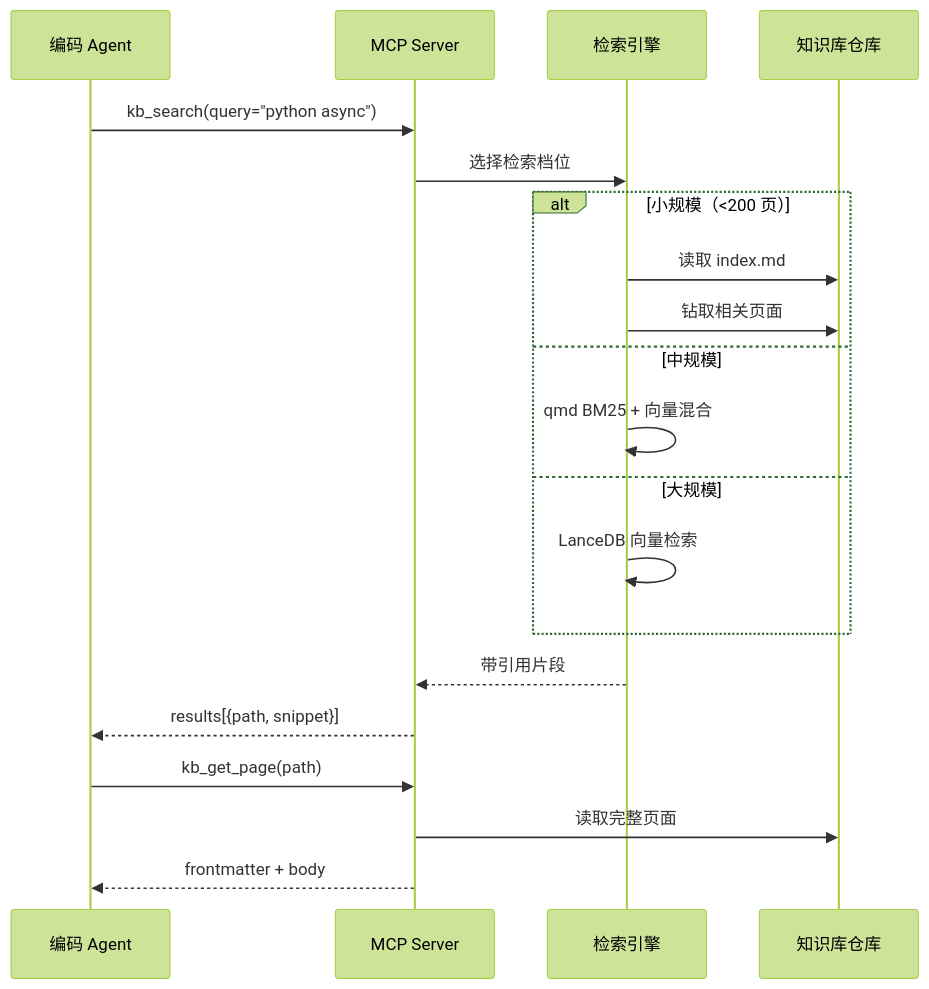
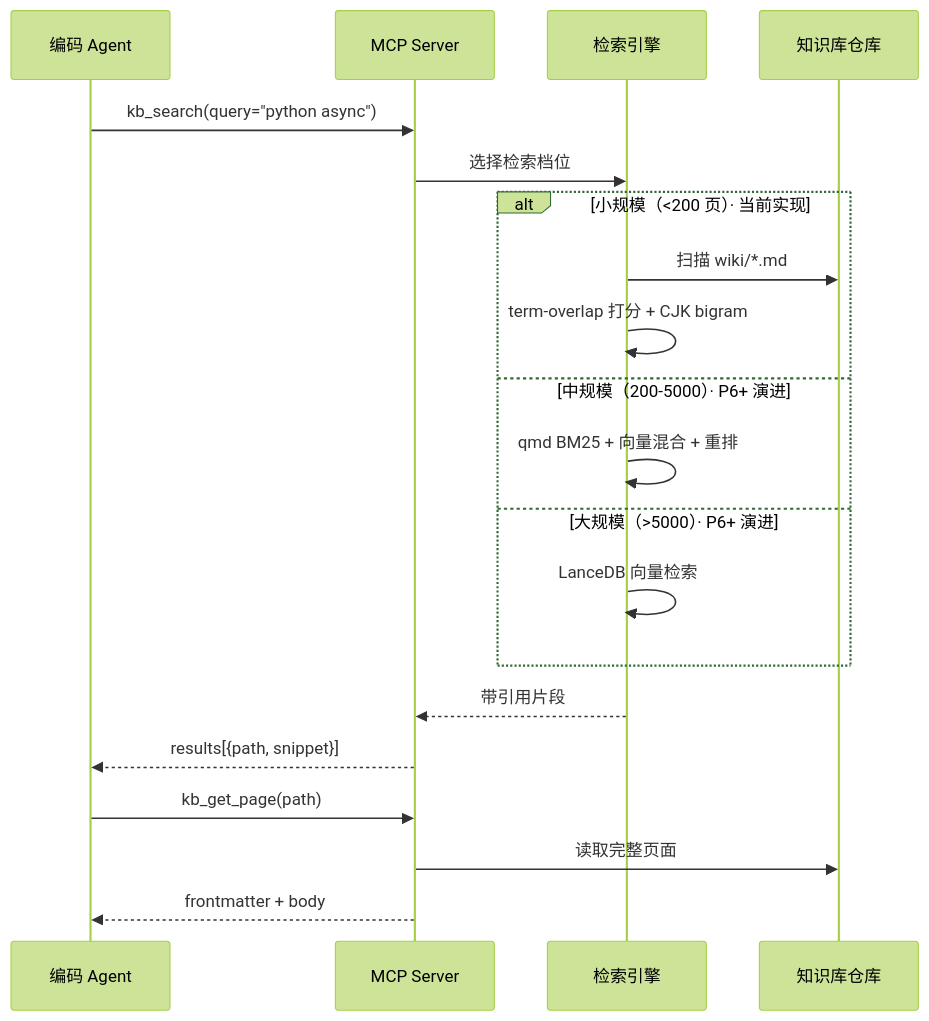
One commit to ljhthink/Continuous-learning changed the third of 4 diagrams in docs/ARCH.md. Above: the diagram before and after it, drawn with Mermaid (forest theme). The commit also changed other lines of this file and 120 other files, not shown here.

First line of the commit message:
feat(p6): Karpathy 缺失功能补全 + RAG 修复 + Schema 层同步 (#40)

````diff
--- a/docs/ARCH.md
+++ b/docs/ARCH.md
@@ -216,23 +224,23 @@
 ```mermaid
 sequenceDiagram
     participant A as 编码 Agent
     participant MCP as MCP Server
     participant S as 检索引擎
     participant R as 知识库仓库
 
     A->>MCP: kb_search(query="python async")
     MCP->>S: 选择检索档位
-    alt 小规模（<200 页）
-        S->>R: 读取 index.md
-        S->>R: 钻取相关页面
-    else 中规模
-        S->>S: qmd BM25 + 向量混合
-    else 大规模
+    alt 小规模（<200 页）· 当前实现
+        S->>R: 扫描 wiki/*.md
+        S->>S: term-overlap 打分 + CJK bigram
+    else 中规模（200-5000）· P6+ 演进
+        S->>S: qmd BM25 + 向量混合 + 重排
+    else 大规模（>5000）· P6+ 演进
         S->>S: LanceDB 向量检索
     end
     S-->>MCP: 带引用片段
     MCP-->>A: results[{path, snippet}]
     A->>MCP: kb_get_page(path)
     MCP->>R: 读取完整页面
     MCP-->>A: frontmatter + body
 ```
````
